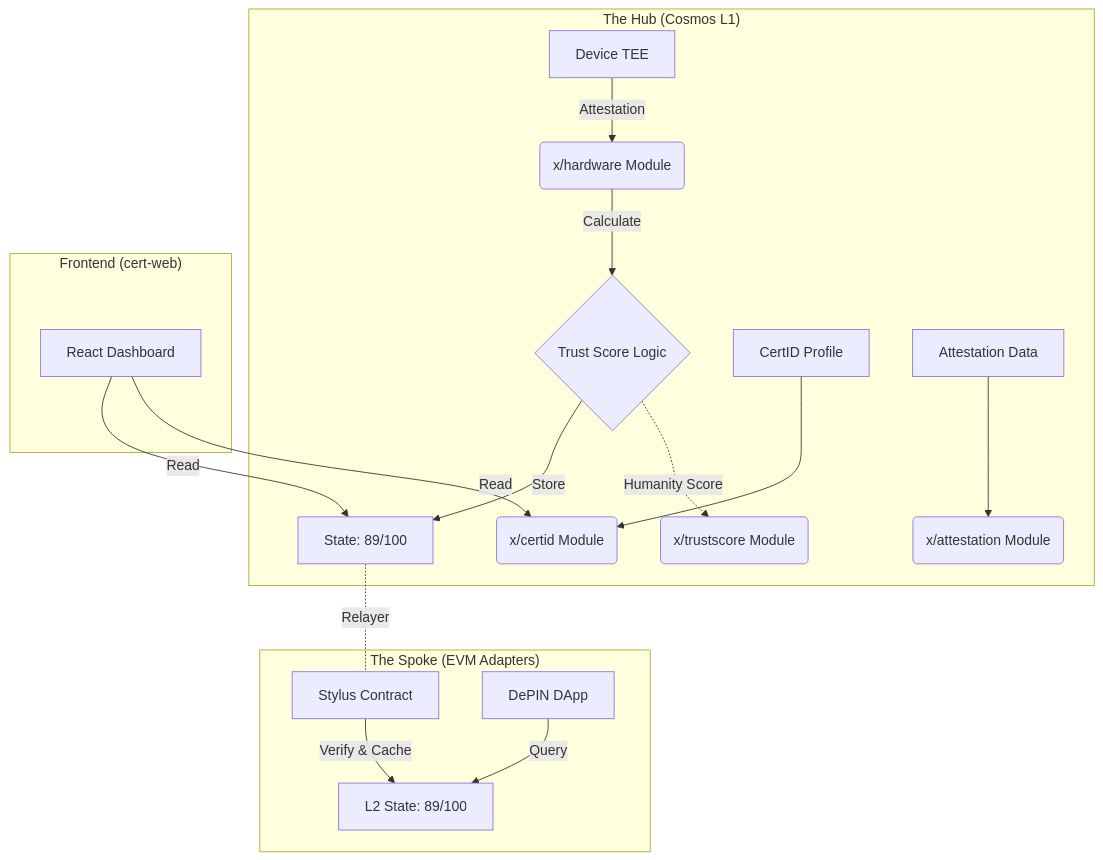
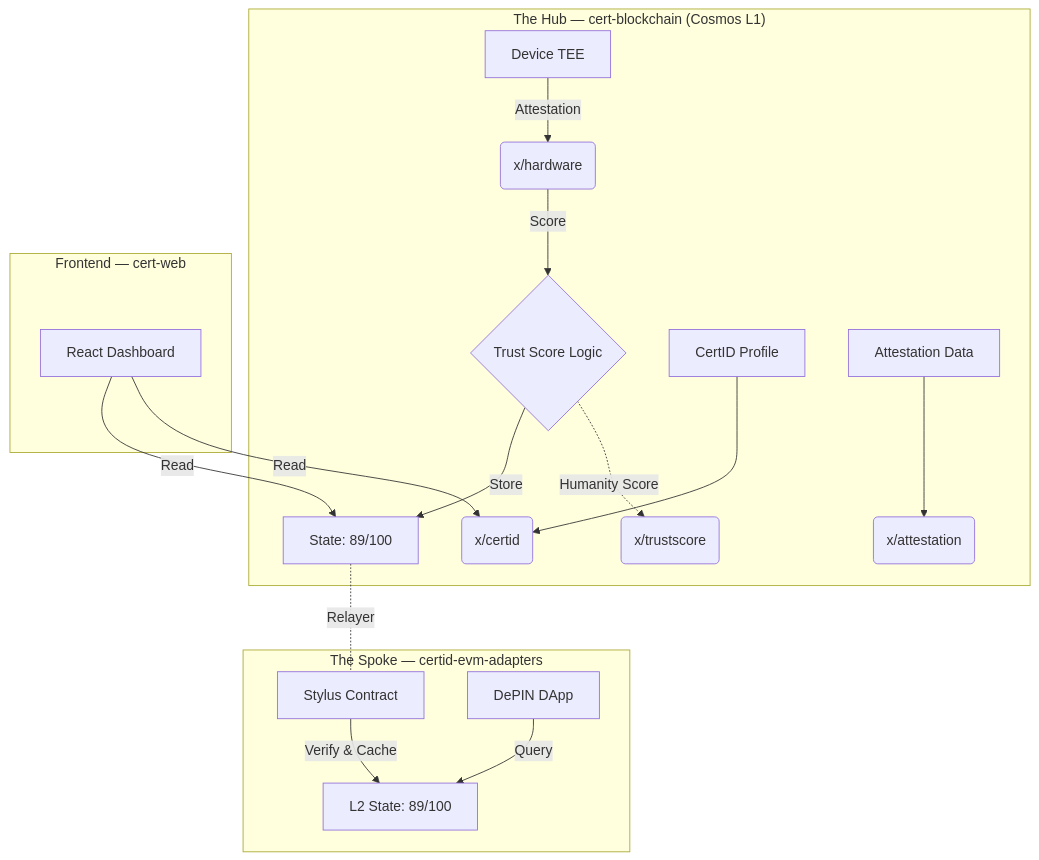
The diagram in README.md (chaincert/cert-blockchain), drawn with Mermaid before and after one commit. The commit also changed other lines of this file, not shown here.

Commit message:
docs: update README with accurate chain IDs, project structure, and module info

````diff
--- a/README.md
+++ b/README.md
@@ -7,22 +7,22 @@
 ```mermaid
 graph TD
-    subgraph "The Hub (Cosmos L1)"
-        A[Device TEE] -->|Attestation| B(x/hardware Module)
-        B -->|Calculate| C{Trust Score Logic}
+    subgraph "The Hub — cert-blockchain (Cosmos L1)"
+        A[Device TEE] -->|Attestation| B(x/hardware)
+        B -->|Score| C{Trust Score Logic}
         C -->|Store| D[State: 89/100]
-        E[CertID Profile] --> F(x/certid Module)
-        G[Attestation Data] --> H(x/attestation Module)
-        C -.->|Humanity Score| I(x/trustscore Module)
+        E[CertID Profile] --> F(x/certid)
+        G[Attestation Data] --> H(x/attestation)
+        C -.->|Humanity Score| I(x/trustscore)
     end
 
-    subgraph "The Spoke (EVM Adapters)"
+    subgraph "The Spoke — certid-evm-adapters"
         D -.-|Relayer| J[Stylus Contract]
         J -->|Verify & Cache| K[L2 State: 89/100]
         L[DePIN DApp] -->|Query| K
     end
 
-    subgraph "Frontend (cert-web)"
+    subgraph "Frontend — cert-web"
         M[React Dashboard] -->|Read| D
         M -->|Read| F
     end
 ```
````
